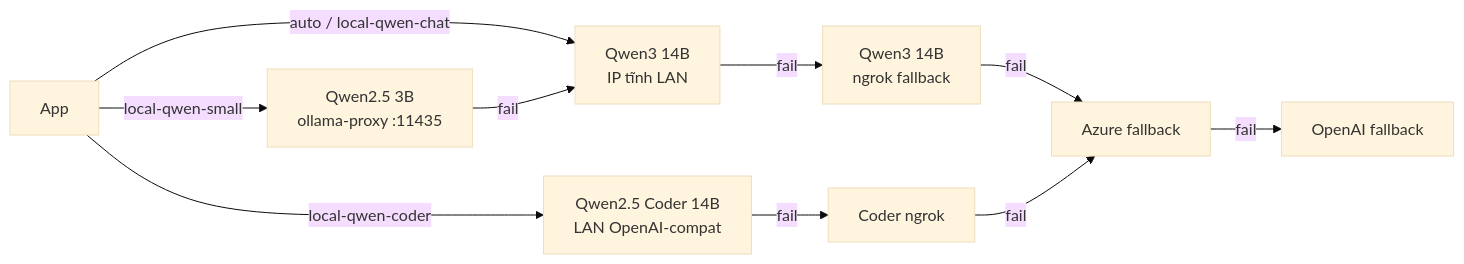
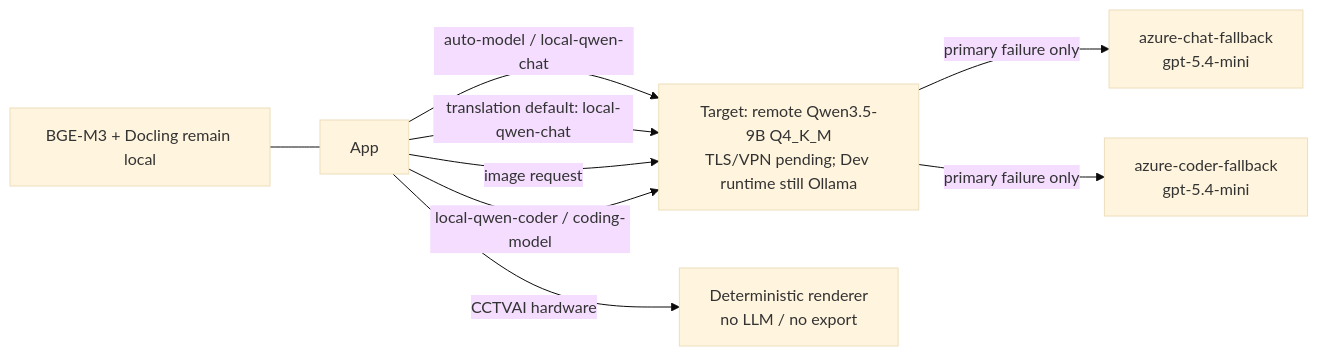
One commit to JKLover0909/VLLM-PD changed the seventh of 9 diagrams in Markdowns/ARCHITECTURE.md. Above: the diagram before and after it, drawn with Mermaid (base theme). The commit also changed other lines of this file and 87 other files, not shown here.

Commit message:
feat: prepare remote single-model routing

````diff
--- a/Markdowns/ARCHITECTURE.md
+++ b/Markdowns/ARCHITECTURE.md
@@ -141,14 +144,14 @@
 ```mermaid
 graph LR
-    APP["App"] -->|"auto / local-qwen-chat"| C14["Qwen3 14B\nIP tĩnh LAN"]
-    C14 -->|fail| CNG["Qwen3 14B\nngrok fallback"]
-    CNG -->|fail| AZ["Azure fallback"]
-    AZ -->|fail| OAI["OpenAI fallback"]
+    APP["App"] -->|"auto-model / local-qwen-chat"| QWEN["Target: remote Qwen3.5-9B Q4_K_M\nTLS/VPN pending; Dev runtime still Ollama"]
+    QWEN -->|"primary failure only"| AZ["azure-chat-fallback\ngpt-5.4-mini"]
 
-    APP -->|"local-qwen-small"| S3["Qwen2.5 3B\nollama-proxy :11435"]
-    S3 -->|fail| C14
+    APP -->|"translation default: local-qwen-chat"| QWEN
+    APP -->|"image request"| QWEN
 
-    APP -->|"local-qwen-coder"| COD["Qwen2.5 Coder 14B\nLAN OpenAI-compat"]
-    COD -->|fail| CODNG["Coder ngrok"]
-    CODNG -->|fail| AZ
+    APP -->|"local-qwen-coder / coding-model"| QWEN
+    QWEN -->|"primary failure only"| AZC["azure-coder-fallback\ngpt-5.4-mini"]
+
+    APP -->|"CCTVAI hardware"| HW["Deterministic renderer\nno LLM / no export"]
+    LOCAL["BGE-M3 + Docling remain local"] --- APP
 ```
````
